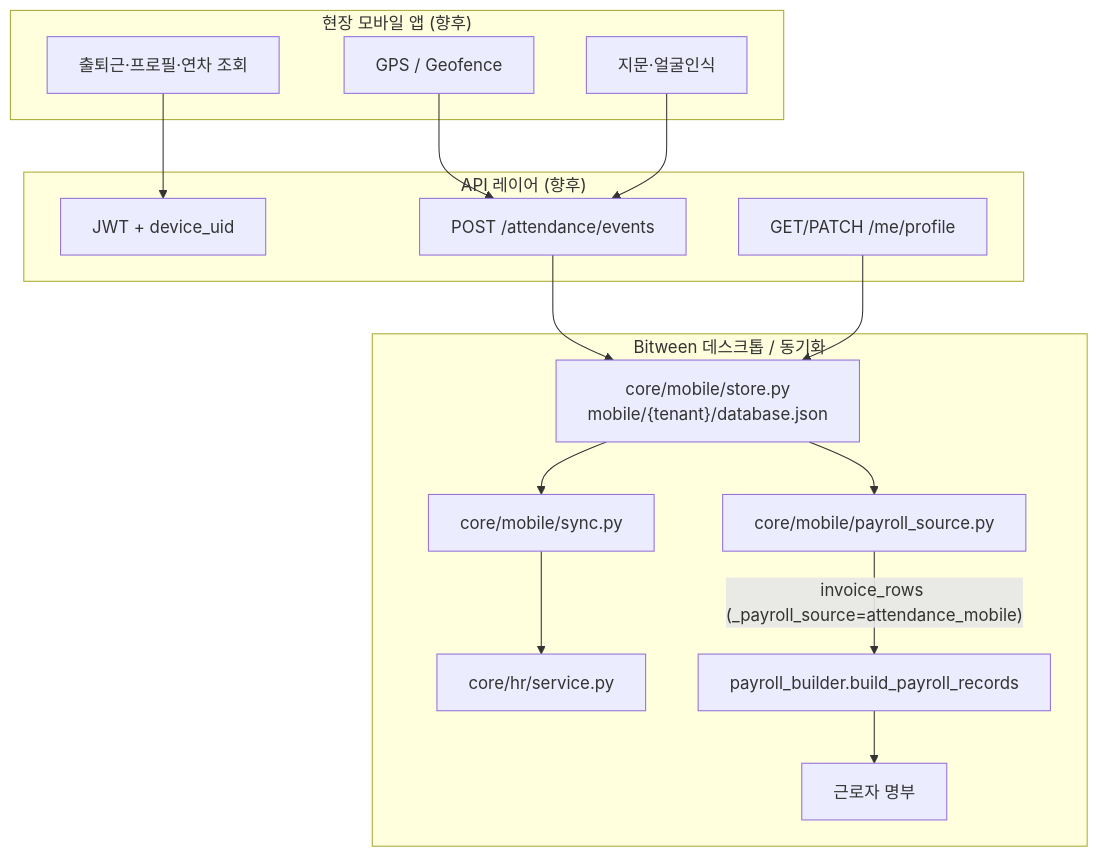
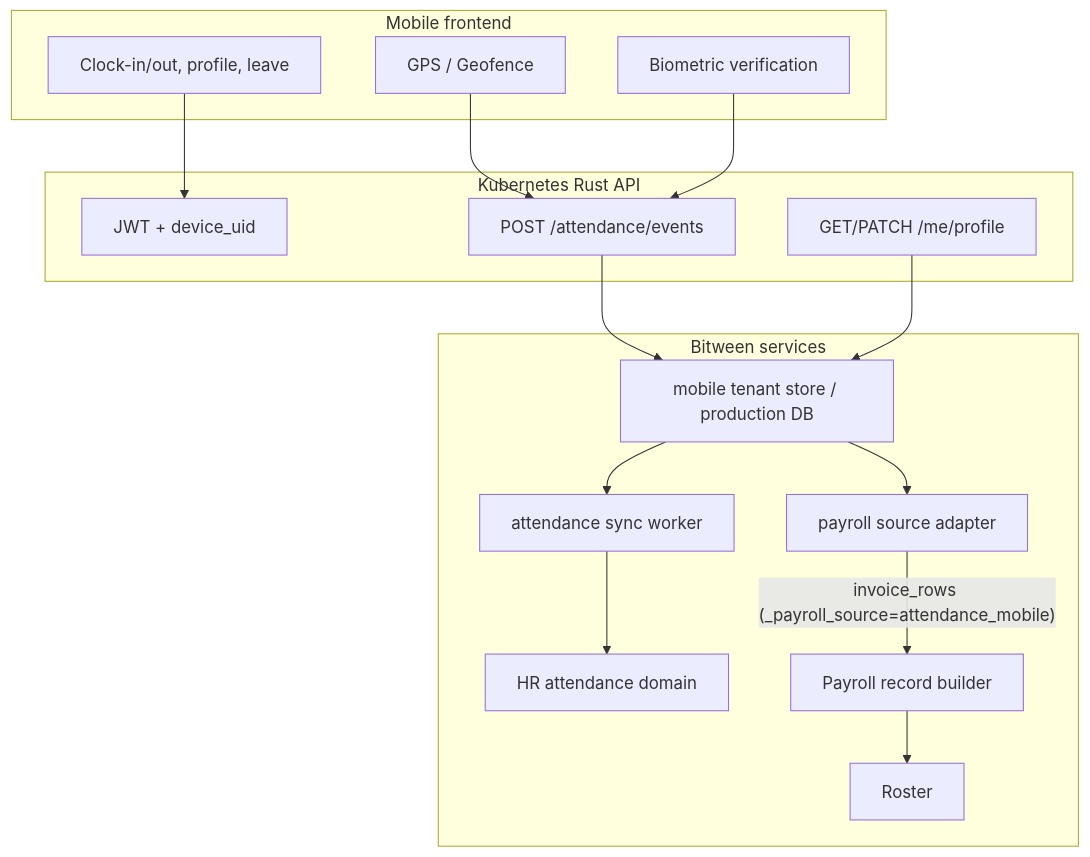
The diagram in docs/MOBILE_ATTENDANCE_INTEGRATION.md (yulee94/Payroll), drawn with Mermaid before and after one commit. The commit also changed other lines of this file and 16 other files, not shown here.

First line of the commit message:
Declare Kubernetes-native Rust production direction

````diff
--- a/docs/MOBILE_ATTENDANCE_INTEGRATION.md
+++ b/docs/MOBILE_ATTENDANCE_INTEGRATION.md
@@ -21,34 +20,34 @@
 ```mermaid
 flowchart TB
-    subgraph Mobile["현장 모바일 앱 (향후)"]
+    subgraph Mobile["Mobile frontend"]
         GPS[GPS / Geofence]
-        BIO[지문·얼굴인식]
-        APP[출퇴근·프로필·연차 조회]
+        BIO[Biometric verification]
+        APP[Clock-in/out, profile, leave]
     end
 
-    subgraph API["API 레이어 (향후)"]
+    subgraph API["Kubernetes Rust API"]
         AUTH[JWT + device_uid]
         INGEST["POST /attendance/events"]
         PROFILE["GET/PATCH /me/profile"]
     end
 
-    subgraph Bitween["Bitween 데스크톱 / 동기화"]
-        STORE["core/mobile/store.py\nmobile/{tenant}/database.json"]
-        SYNC["core/mobile/sync.py"]
-        PAY["core/mobile/payroll_source.py"]
-        HR["core/hr/service.py"]
-        ROSTER["근로자 명부"]
-        BUILD["payroll_builder.build_payroll_records"]
+    subgraph Services["Bitween services"]
+        STORE["mobile tenant store / production DB"]
+        SYNC["attendance sync worker"]
+        PAY["payroll source adapter"]
+        HR["HR attendance domain"]
+        ROSTER["Roster"]
+        BUILD["Payroll record builder"]
     end
 
     APP --> AUTH
     GPS --> INGEST
     BIO --> INGEST
     INGEST --> STORE
     STORE --> SYNC
     SYNC --> HR
     STORE --> PAY
     PAY -->|"invoice_rows (_payroll_source=attendance_mobile)"| BUILD
     BUILD --> ROSTER
     PROFILE --> STORE
 ```
````
